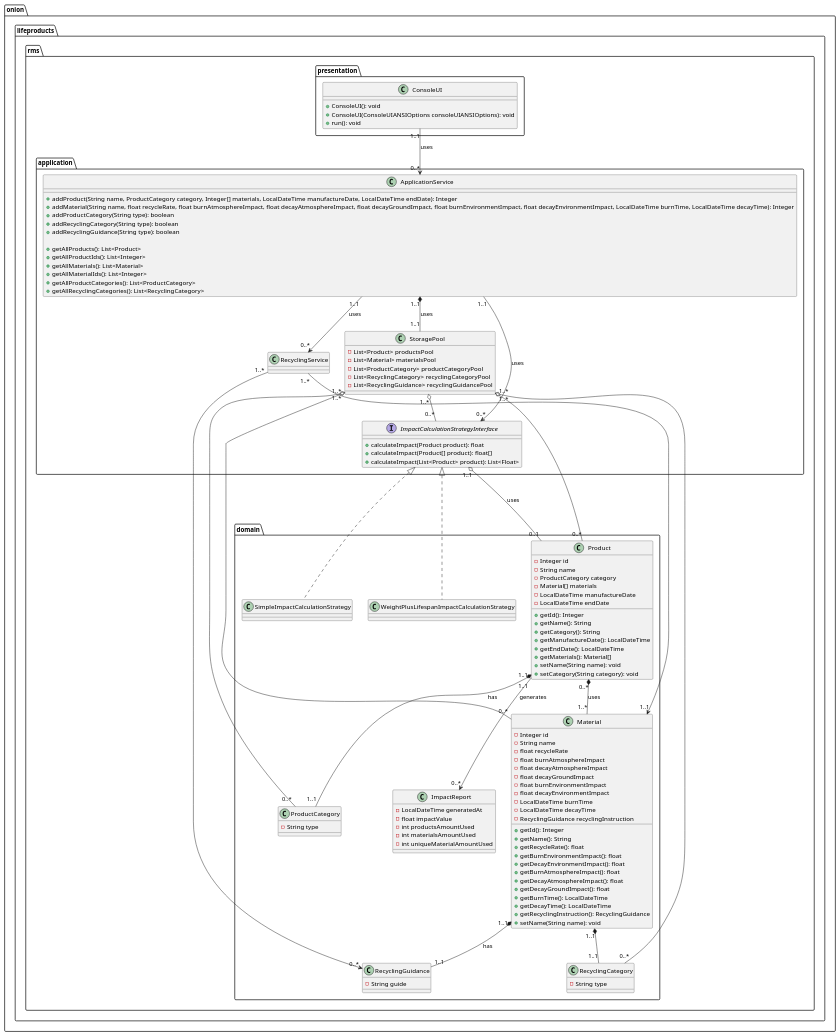
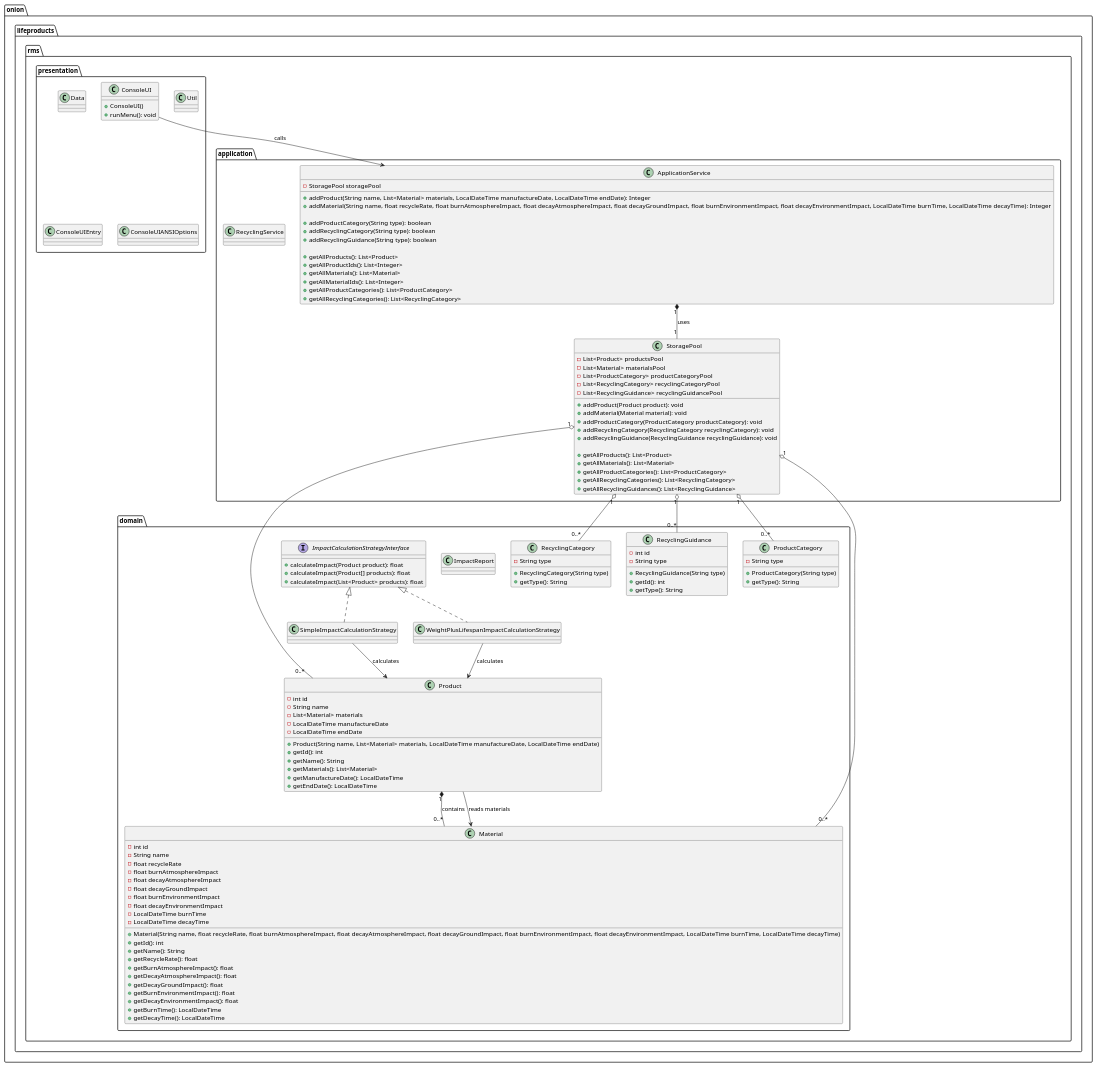
One commit to arrow-function-hkr/ood-project changed the diagram in docs/UML.puml. Above: the diagram before and after it, drawn with PlantUML. The commit also changed other lines of this file and 12 other files, not shown here.

Commit message:
feat(strategy): implement impact calculation strategies

```diff
--- a/docs/UML.puml
+++ b/docs/UML.puml
@@ -1,156 +1,155 @@
 @startuml
 
-' RMS stands for Recycling Management System
 package onion.lifeproducts.rms {
 
-	package onion.lifeproducts.rms.presentation {
+    package presentation {
 
-		class ConsoleUI {
-			+ ConsoleUI(): void
-			+ ConsoleUI(ConsoleUIANSIOptions consoleUIANSIOptions): void
-			+ run(): void
-		}
+        class ConsoleUI {
+            + ConsoleUI()
+            + runMenu(): void
+        }
 
-	}
+        class Data
+        class Util
+        class ConsoleUIEntry
+        class ConsoleUIANSIOptions
+    }
 
-	package onion.lifeproducts.rms.application {
+    package application {
 
-		class ApplicationService {
-			+ addProduct(String name, ProductCategory category, Integer[] materials, LocalDateTime manufactureDate, LocalDateTime endDate): Integer
-			+ addMaterial(String name, float recycleRate, float burnAtmosphereImpact, float decayAtmosphereImpact, float decayGroundImpact, float burnEnvironmentImpact, float decayEnvironmentImpact, LocalDateTime burnTime, LocalDateTime decayTime): Integer
-			+ addProductCategory(String type): boolean
-			+ addRecyclingCategory(String type): boolean
-			+ addRecyclingGuidance(String type): boolean
+        class ApplicationService {
+            - StoragePool storagePool
 
-			+ getAllProducts(): List<Product>
-			+ getAllProductIds(): List<Integer>
-			+ getAllMaterials(): List<Material>
-			+ getAllMaterialIds(): List<Integer>
-			+ getAllProductCategories(): List<ProductCategory>
-			+ getAllRecyclingCategories(): List<RecyclingCategory>
-		}
+            + addProduct(String name, List<Material> materials, LocalDateTime manufactureDate, LocalDateTime endDate): Integer
+            + addMaterial(String name, float recycleRate, float burnAtmosphereImpact, float decayAtmosphereImpact, float decayGroundImpact, float burnEnvironmentImpact, float decayEnvironmentImpact, LocalDateTime burnTime, LocalDateTime decayTime): Integer
 
-		class StoragePool {
-			- List<Product> productsPool
-			- List<Material> materialsPool
-			- List<ProductCategory> productCategoryPool
-			- List<RecyclingCategory> recyclingCategoryPool
-			- List<RecyclingGuidance> recyclingGuidancePool
-		}
+            + addProductCategory(String type): boolean
+            + addRecyclingCategory(String type): boolean
+            + addRecyclingGuidance(String type): boolean
 
-		interface ImpactCalculationStrategyInterface {
-			+ calculateImpact(Product product): float
-			+ calculateImpact(Product[] product): float[]
-			+ calculateImpact(List<Product> product): List<Float>
-		}
+            + getAllProducts(): List<Product>
+            + getAllProductIds(): List<Integer>
+            + getAllMaterials(): List<Material>
+            + getAllMaterialIds(): List<Integer>
+            + getAllProductCategories(): List<ProductCategory>
+            + getAllRecyclingCategories(): List<RecyclingCategory>
+        }
 
-		class RecyclingService {
+        class StoragePool {
+            - List<Product> productsPool
+            - List<Material> materialsPool
+            - List<ProductCategory> productCategoryPool
+            - List<RecyclingCategory> recyclingCategoryPool
+            - List<RecyclingGuidance> recyclingGuidancePool
 
-		}
-	}
+            + addProduct(Product product): void
+            + addMaterial(Material material): void
+            + addProductCategory(ProductCategory productCategory): void
+            + addRecyclingCategory(RecyclingCategory recyclingCategory): void
+            + addRecyclingGuidance(RecyclingGuidance recyclingGuidance): void
 
-	package onion.lifeproducts.rms.domain {
+            + getAllProducts(): List<Product>
+            + getAllMaterials(): List<Material>
+            + getAllProductCategories(): List<ProductCategory>
+            + getAllRecyclingCategories(): List<RecyclingCategory>
+            + getAllRecyclingGuidances(): List<RecyclingGuidance>
+        }
 
-		class Product {
-			- Integer id
-			- String name
-			- ProductCategory category
-			- Material[] materials
-			- LocalDateTime manufactureDate
-			- LocalDateTime endDate
+        class RecyclingService
+    }
 
-			+ getId(): Integer
-			+ getName(): String
-			+ getCategory(): String
-			+ getManufactureDate(): LocalDateTime
-			+ getEndDate(): LocalDateTime
-			+ getMaterials(): Material[]
-			+ setName(String name): void
-			+ setCategory(String category): void
-		}
+    package domain {
 
-		class Material {
-			- Integer id
-			- String name
-			- float recycleRate
-			- float burnAtmosphereImpact
-			- float decayAtmosphereImpact
-			- float decayGroundImpact
-			- float burnEnvironmentImpact
-			- float decayEnvironmentImpact
-			- LocalDateTime burnTime
-			- LocalDateTime decayTime
-			- RecyclingGuidance recyclingInstruction
+        class Product {
+            - int id
+            - String name
+            - List<Material> materials
+            - LocalDateTime manufactureDate
+            - LocalDateTime endDate
 
-			+ getId(): Integer
-			+ getName(): String
-			+ getRecycleRate(): float
-			+ getBurnEnvironmentImpact(): float
-			+ getDecayEnvironmentImpact(): float
-			+ getBurnAtmosphereImpact(): float
-			+ getDecayAtmosphereImpact(): float
-			+ getDecayGroundImpact(): float
-			+ getBurnTime(): LocalDateTime
-			+ getDecayTime(): LocalDateTime
-			+ getRecyclingInstruction(): RecyclingGuidance
-			+ setName(String name): void
-		}
+            + Product(String name, List<Material> materials, LocalDateTime manufactureDate, LocalDateTime endDate)
+            + getId(): int
+            + getName(): String
+            + getMaterials(): List<Material>
+            + getManufactureDate(): LocalDateTime
+            + getEndDate(): LocalDateTime
+        }
 
-		class ProductCategory {
-			- String type
-		}
+        class Material {
+            - int id
+            - String name
+            - float recycleRate
+            - float burnAtmosphereImpact
+            - float decayAtmosphereImpact
+            - float decayGroundImpact
+            - float burnEnvironmentImpact
+            - float decayEnvironmentImpact
+            - LocalDateTime burnTime
+            - LocalDateTime decayTime
 
-		class RecyclingGuidance {
-			- String guide
-		}
+            + Material(String name, float recycleRate, float burnAtmosphereImpact, float decayAtmosphereImpact, float decayGroundImpact, float burnEnvironmentImpact, float decayEnvironmentImpact, LocalDateTime burnTime, LocalDateTime decayTime)
+            + getId(): int
+            + getName(): String
+            + getRecycleRate(): float
+            + getBurnAtmosphereImpact(): float
+            + getDecayAtmosphereImpact(): float
+            + getDecayGroundImpact(): float
+            + getBurnEnvironmentImpact(): float
+            + getDecayEnvironmentImpact(): float
+            + getBurnTime(): LocalDateTime
+            + getDecayTime(): LocalDateTime
+        }
 
-		class RecyclingCategory {
-			- String type
+        class ProductCategory {
+            - String type
+            + ProductCategory(String type)
+            + getType(): String
+        }
 
-		}
+        class RecyclingCategory {
+            - String type
+            + RecyclingCategory(String type)
+            + getType(): String
+        }
 
-		class ImpactReport {
-			- LocalDateTime generatedAt
-			- float impactValue
-			- int productsAmountUsed
-			- int materialsAmountUsed
-			- int uniqueMaterialAmountUsed
-		}
+        class RecyclingGuidance {
+            - int id
+            - String type
+            + RecyclingGuidance(String type)
+            + getId(): int
+            + getType(): String
+        }
 
-		class SimpleImpactCalculationStrategy implements onion.lifeproducts.rms.application.ImpactCalculationStrategyInterface {
+        class ImpactReport
 
-		}
+        interface ImpactCalculationStrategyInterface {
+            + calculateImpact(Product product): float
+            + calculateImpact(Product[] products): float
+            + calculateImpact(List<Product> products): float
+        }
 
-		class WeightPlusLifespanImpactCalculationStrategy implements onion.lifeproducts.rms.application.ImpactCalculationStrategyInterface {
-
-		}
-	}
-
+        class SimpleImpactCalculationStrategy
+        class WeightPlusLifespanImpactCalculationStrategy
+    }
 }
 
-Product "0..*" *-- "1..*" Material : uses
-Product "1..1" *-- "1..1" ProductCategory : has
-Product "1..1" --> "0..*" ImpactReport : generates
+Product "1" *-- "0..*" Material : contains
 
-Material "1..1" *-- "1..1" RecyclingGuidance : has
-Material "1..1" *-- "1..1" RecyclingCategory
+StoragePool "1" o-- "0..*" Product
+StoragePool "1" o-- "0..*" Material
+StoragePool "1" o-- "0..*" ProductCategory
+StoragePool "1" o-- "0..*" RecyclingCategory
+StoragePool "1" o-- "0..*" RecyclingGuidance
 
-ImpactCalculationStrategyInterface "1..1" o--- "0..1"  Product: uses
+ApplicationService "1" *-- "1" StoragePool : uses
+ConsoleUI --> ApplicationService : calls
 
-RecyclingService "1..*" -> "0..*" RecyclingGuidance
-RecyclingService "1..*" --> "1..1" Material
+ImpactCalculationStrategyInterface <|.. SimpleImpactCalculationStrategy
+ImpactCalculationStrategyInterface <|.. WeightPlusLifespanImpactCalculationStrategy
 
-StoragePool "1..*" o--  "0..*" Product
-StoragePool "1..*" o-- "0..*" ProductCategory
-StoragePool "1..*" o-- "0..*" Material
-StoragePool "1..*" o--  "0..*" RecyclingCategory
-StoragePool "1..*" o-- "0..*" ImpactCalculationStrategyInterface
+SimpleImpactCalculationStrategy --> Product : calculates
+WeightPlusLifespanImpactCalculationStrategy --> Product : calculates
 
-ConsoleUI "1..1" --> "0..*" ApplicationService : uses
-
-ApplicationService "1..1" *-- "1..1" StoragePool : uses
-ApplicationService "1..1" --> "0..*" ImpactCalculationStrategyInterface : uses
-ApplicationService "1..1" --> "0..*" RecyclingService : uses
-
+Product --> Material : reads materials
 
 @enduml
```
